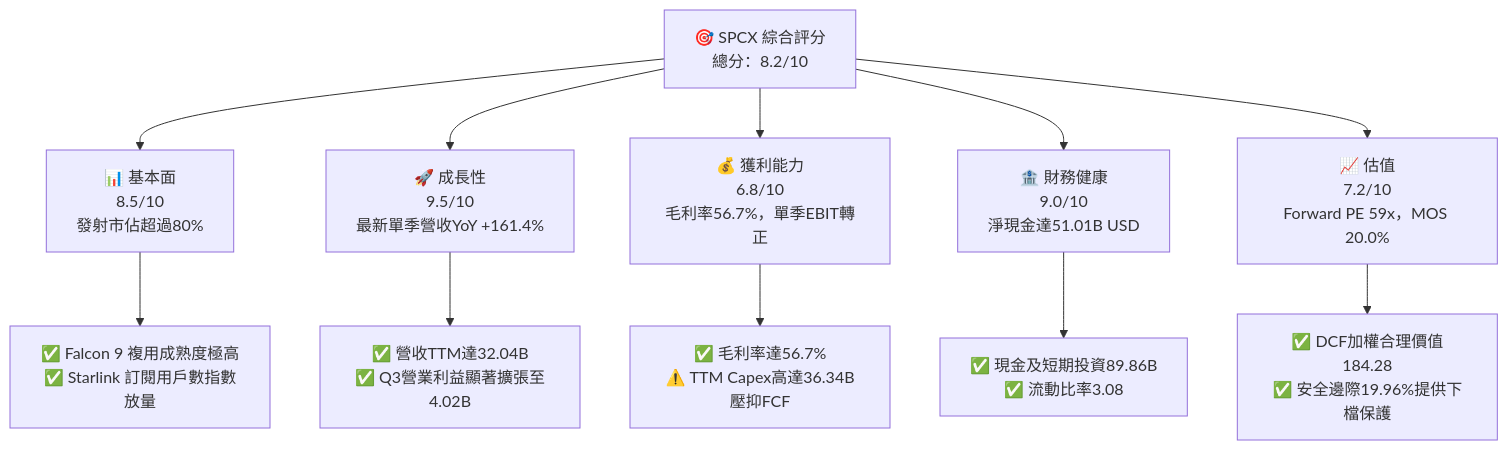
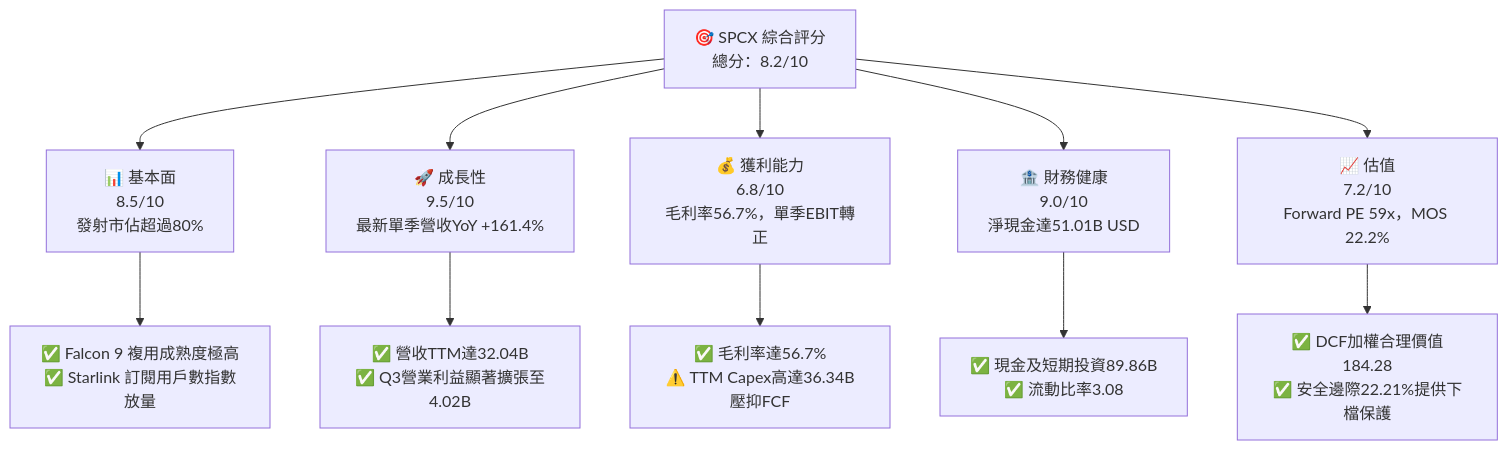
One commit to yennanliu/finance_data changed the first of 15 diagrams in ai_gen_report/fundamental/spcx/fundamental_analysis_2026-10-23_gemini.md. Above: the diagram before and after it, drawn with Mermaid. The commit also changed other lines of this file and 339 other files, not shown here.

````diff
--- a/ai_gen_report/fundamental/spcx/fundamental_analysis_2026-10-23_gemini.md
+++ b/ai_gen_report/fundamental/spcx/fundamental_analysis_2026-10-23_gemini.md
@@ -75,22 +75,22 @@
 ```mermaid
 graph TD
     TICKER["🎯 SPCX 綜合評分<br/>總分：8.2/10"]
 
     F["📊 基本面<br/>8.5/10<br/>發射市佔超過80%"]
     G["🚀 成長性<br/>9.5/10<br/>最新單季營收YoY +161.4%"]
     P["💰 獲利能力<br/>6.8/10<br/>毛利率56.7%，單季EBIT轉正"]
     B["🏦 財務健康<br/>9.0/10<br/>淨現金達51.01B USD"]
-    V["📈 估值<br/>7.2/10<br/>Forward PE 59x，MOS 20.0%"]
+    V["📈 估值<br/>7.2/10<br/>Forward PE 59x，MOS 22.2%"]
 
     TICKER --> F
     TICKER --> G
     TICKER --> P
     TICKER --> B
     TICKER --> V
 
     F --> F1["✅ Falcon 9 複用成熟度極高<br/>✅ Starlink 訂閱用戶數指數放量"]
     G --> G1["✅ 營收TTM達32.04B<br/>✅ Q3營業利益顯著擴張至4.02B"]
     P --> P1["✅ 毛利率達56.7%<br/>⚠️ TTM Capex高達36.34B壓抑FCF"]
     B --> B1["✅ 現金及短期投資89.86B<br/>✅ 流動比率3.08"]
-    V --> V1["✅ DCF加權合理價值184.28<br/>✅ 安全邊際19.96%提供下檔保護"]
+    V --> V1["✅ DCF加權合理價值184.28<br/>✅ 安全邊際22.21%提供下檔保護"]
 ```
````
